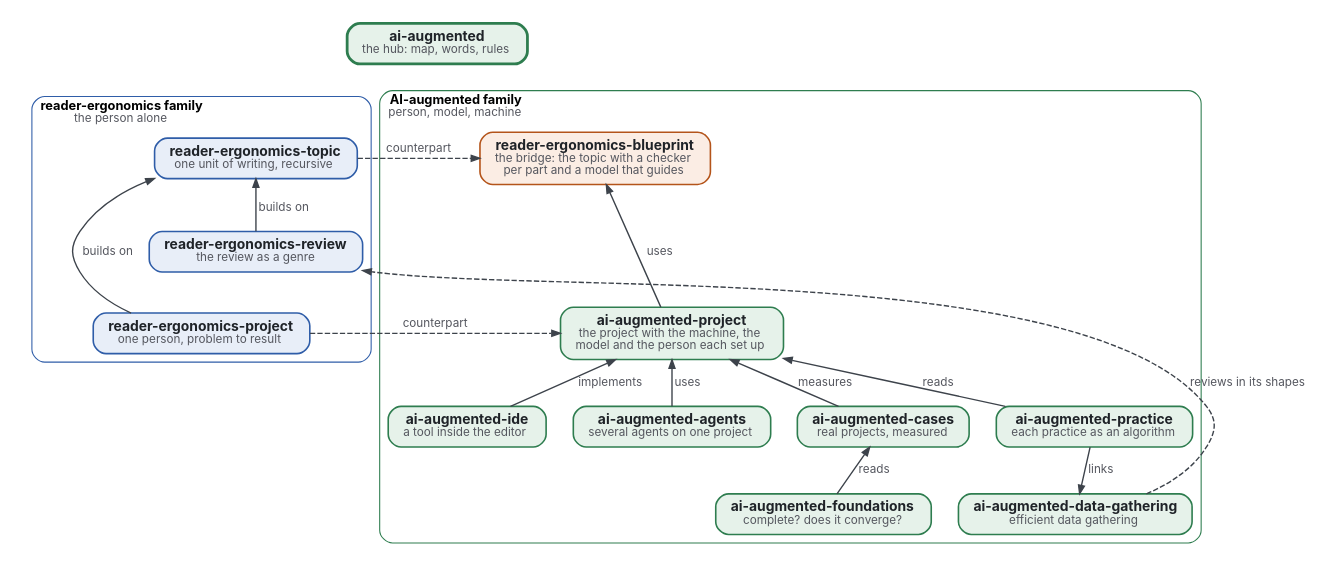
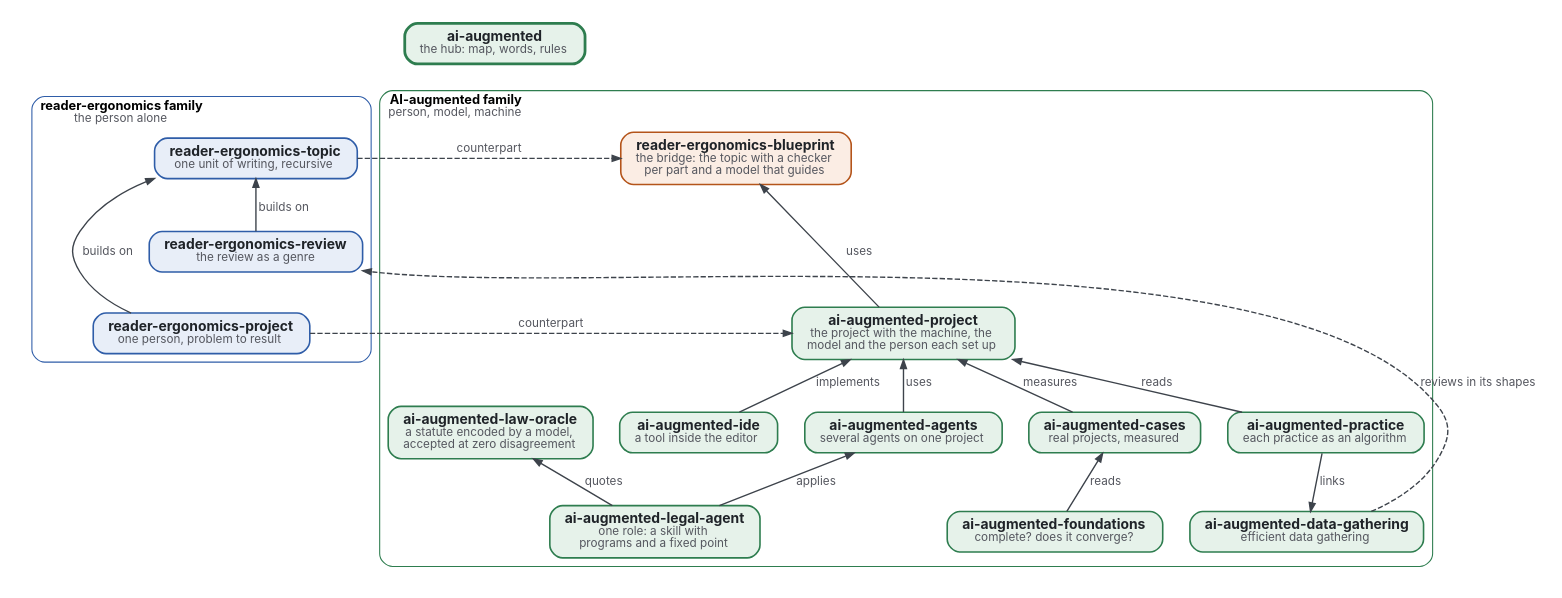
Before and after one commit to Tewf/ai-augmented: the diagram in map.dot, drawn with Graphviz. The commit also changed 4 other files, not shown here.

First line of the commit message:
Add the law oracle and the legal agent to the family's members

```diff
--- a/map.dot
+++ b/map.dot
@@ -1,42 +1,46 @@
 // The map of the two families. Colours: reader-ergonomics family blue, AI-augmented family green, the bridge orange,
 // each kind named in its box; this page, the hub, has the thick border and nothing points to it.
 digraph map {
   graph [rankdir=TB, nodesep=0.35, ranksep=0.45, bgcolor="white", pad=0.2, fontname="Inter", compound=true, newrank=true];
   node  [shape=box, style="rounded,filled", fontname="Inter", fontsize=13, margin="0.2,0.1", penwidth=1.5, fontcolor="#1F2328"];
   edge  [fontname="Inter", fontsize=11, color="#3D434B", fontcolor="#55575F", penwidth=1.3, arrowsize=0.8];
   HUB [label=<<b>ai-augmented</b><br/><font point-size="11" color="#55575F">the hub: map, words, rules</font>>, fillcolor="#E6F2EA", color="#2E7D4F", penwidth=2.6];
   subgraph cluster_re {
     label=<<b>reader-ergonomics family</b><br/><font point-size="11" color="#55575F">the person alone</font>>; labeljust=l; style="rounded"; color="#2F5DA8"; fontname="Inter"; fontsize=12;
     T [label=<<b>reader-ergonomics-topic</b><br/><font point-size="11" color="#55575F">one unit of writing, recursive</font>>, fillcolor="#E8EEF8", color="#2F5DA8"];
     P [label=<<b>reader-ergonomics-project</b><br/><font point-size="11" color="#55575F">one person, problem to result</font>>, fillcolor="#E8EEF8", color="#2F5DA8"];
     RV [label=<<b>reader-ergonomics-review</b><br/><font point-size="11" color="#55575F">the review as a genre</font>>, fillcolor="#E8EEF8", color="#2F5DA8"];
   }
   subgraph cluster_ai {
     label=<<b>AI-augmented family</b><br/><font point-size="11" color="#55575F">person, model, machine</font>>; labeljust=l; style="rounded"; color="#2E7D4F"; fontname="Inter"; fontsize=12;
     BP [label=<<b>reader-ergonomics-blueprint</b><br/><font point-size="11" color="#55575F">the bridge: the topic with a checker</font><br/><font point-size="11" color="#55575F">per part and a model that guides</font>>, fillcolor="#FBEDE4", color="#B4541A"];
     AP [label=<<b>ai-augmented-project</b><br/><font point-size="11" color="#55575F">the project with the machine, the</font><br/><font point-size="11" color="#55575F">model and the person each set up</font>>, fillcolor="#E6F2EA", color="#2E7D4F"];
     IDE [label=<<b>ai-augmented-ide</b><br/><font point-size="11" color="#55575F">a tool inside the editor</font>>, fillcolor="#E6F2EA", color="#2E7D4F"];
     AG [label=<<b>ai-augmented-agents</b><br/><font point-size="11" color="#55575F">several agents on one project</font>>, fillcolor="#E6F2EA", color="#2E7D4F"];
     F [label=<<b>ai-augmented-foundations</b><br/><font point-size="11" color="#55575F">complete? does it converge?</font>>, fillcolor="#E6F2EA", color="#2E7D4F"];
     C [label=<<b>ai-augmented-cases</b><br/><font point-size="11" color="#55575F">real projects, measured</font>>, fillcolor="#E6F2EA", color="#2E7D4F"];
     PRC [label=<<b>ai-augmented-practice</b><br/><font point-size="11" color="#55575F">each practice as an algorithm</font>>, fillcolor="#E6F2EA", color="#2E7D4F"];
     DG [label=<<b>ai-augmented-data-gathering</b><br/><font point-size="11" color="#55575F">efficient data gathering</font>>, fillcolor="#E6F2EA", color="#2E7D4F"];
+    LO [label=<<b>ai-augmented-law-oracle</b><br/><font point-size="11" color="#55575F">a statute encoded by a model,</font><br/><font point-size="11" color="#55575F">accepted at zero disagreement</font>>, fillcolor="#E6F2EA", color="#2E7D4F"];
+    LA [label=<<b>ai-augmented-legal-agent</b><br/><font point-size="11" color="#55575F">one role: a skill with</font><br/><font point-size="11" color="#55575F">programs and a fixed point</font>>, fillcolor="#E6F2EA", color="#2E7D4F"];
   }
   HUB -> T [style=invis];
   HUB -> BP [style=invis];
   T -> BP [label=" counterpart", style=dashed, constraint=false];
   P -> AP [label=" counterpart", style=dashed, constraint=false];
   T -> P [dir=back, label=" builds on"];
   BP -> AP [dir=back, label=" uses"];
   AP -> IDE [dir=back, label=" implements"];
   AP -> AG [dir=back, label=" uses"];
   AP -> C [dir=back, label=" measures"];
   C -> F [dir=back, label=" reads"];
   AP -> PRC [dir=back, label=" reads"];
   PRC -> DG [label=" links"];
+  AG -> LA [dir=back, label=" applies"];
+  LO -> LA [dir=back, label=" quotes"];
   T -> RV [dir=back, label=" builds on"];
   DG -> RV [style=dashed, label=" reviews in its shapes", constraint=false];
   RV -> P [style=invis];
   {rank=same; T; BP}
   {rank=same; P; AP}
 }
```
